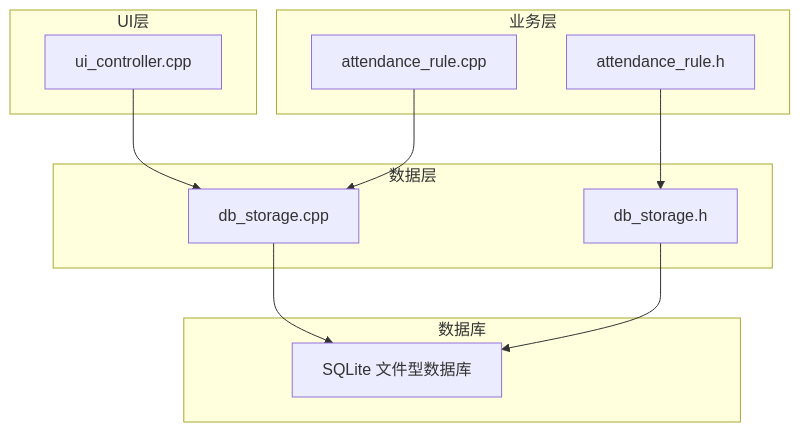
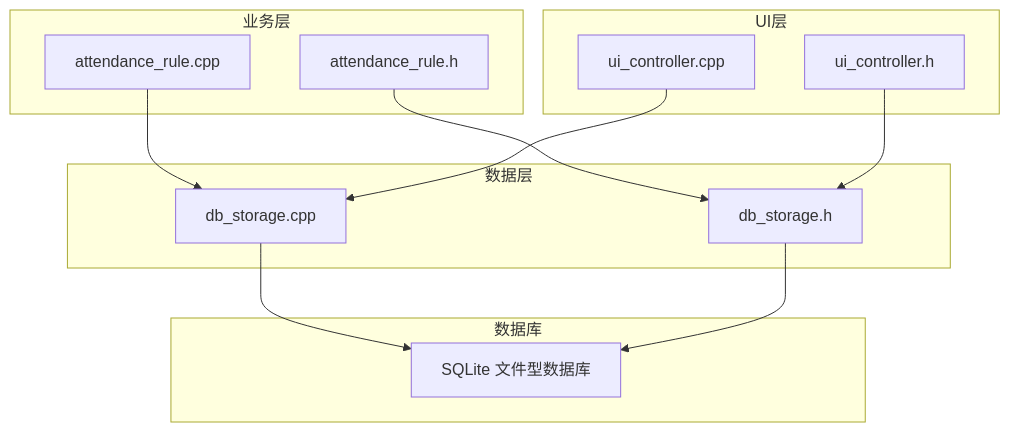
One commit to Drunk552/SmartAttendance changed the first of 4 diagrams in .qoder/repowiki/zh/content/数据库设计.md. Above: the diagram before and after it, drawn with Mermaid. The commit also changed other lines of this file and 15 other files, not shown here.

````diff
--- a/.qoder/repowiki/zh/content/数据库设计.md
+++ b/.qoder/repowiki/zh/content/数据库设计.md
@@ -44,22 +48,24 @@
 ```mermaid
 graph TB
 subgraph "数据层"
 DBCPP["db_storage.cpp"]
 DBH["db_storage.h"]
 end
 subgraph "业务层"
 ARCPP["attendance_rule.cpp"]
 ARH["attendance_rule.h"]
 end
 subgraph "UI层"
 UICPP["ui_controller.cpp"]
+UIH["ui_controller.h"]
 end
 subgraph "数据库"
 SQLITE["SQLite 文件型数据库"]
 end
 ARCPP --> DBCPP
 ARH --> DBH
 UICPP --> DBCPP
+UIH --> DBH
 DBCPP --> SQLITE
 DBH --> SQLITE
 ```
````
